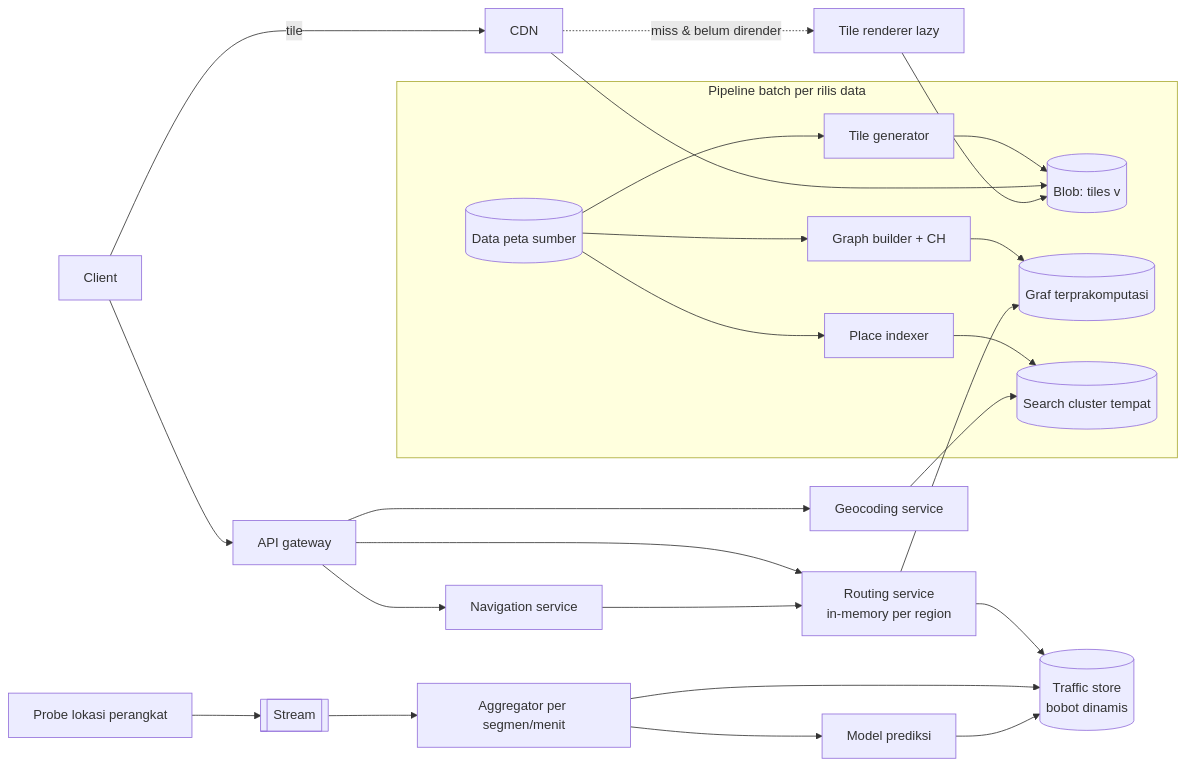
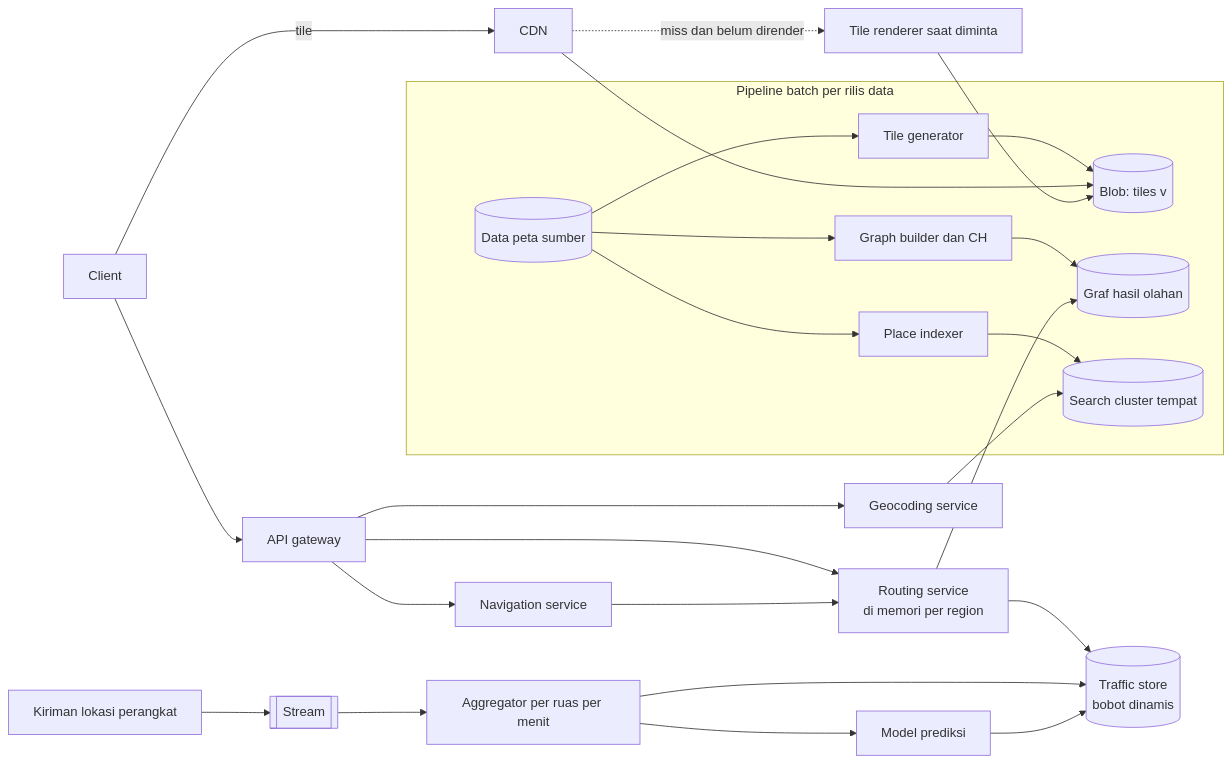
Before and after one commit to andreanpradanaa/sysdesign-lab: the first of 2 diagrams in src/content/lessons/bagian-3/google-maps.mdx, drawn with Mermaid. The commit also changed other lines of this file and 17 other files, not shown here.

````diff
--- a/src/content/lessons/bagian-3/google-maps.mdx
+++ b/src/content/lessons/bagian-3/google-maps.mdx
@@ -145,17 +146,17 @@
 ```mermaid
 flowchart LR
   subgraph build[Pipeline batch per rilis data]
-    SRC[(Data peta sumber)] --> TG[Tile generator] --> TB[(Blob: tiles v)]
-    SRC --> GB[Graph builder + CH] --> GF[(Graf terprakomputasi)]
-    SRC --> PI[Place indexer] --> PS[(Search cluster tempat)]
+    SRC[("Data peta sumber")] --> TG[Tile generator] --> TB[("Blob: tiles v")]
+    SRC --> GB[Graph builder dan CH] --> GF[("Graf hasil olahan")]
+    SRC --> PI[Place indexer] --> PS[("Search cluster tempat")]
   end
   C[Client] -->|tile| CDN[CDN] --> TB
-  CDN -. miss & belum dirender .-> TR[Tile renderer lazy] --> TB
+  CDN -. miss dan belum dirender .-> TR[Tile renderer saat diminta] --> TB
   C --> GW[API gateway]
   GW --> GEO[Geocoding service] --> PS
-  GW --> RT[Routing service\nin-memory per region] --> GF
-  RT --> TRF[(Traffic store\nbobot dinamis)]
-  P[Probe lokasi perangkat] --> IN[[Stream]] --> AGG[Aggregator per segmen/menit] --> TRF
+  GW --> RT[Routing service\ndi memori per region] --> GF
+  RT --> TRF[("Traffic store\nbobot dinamis")]
+  P[Kiriman lokasi perangkat] --> IN[["Stream"]] --> AGG[Aggregator per ruas per menit] --> TRF
   AGG --> PRED[Model prediksi] --> TRF
   GW --> NAV[Navigation service] --> RT
 ```
````
